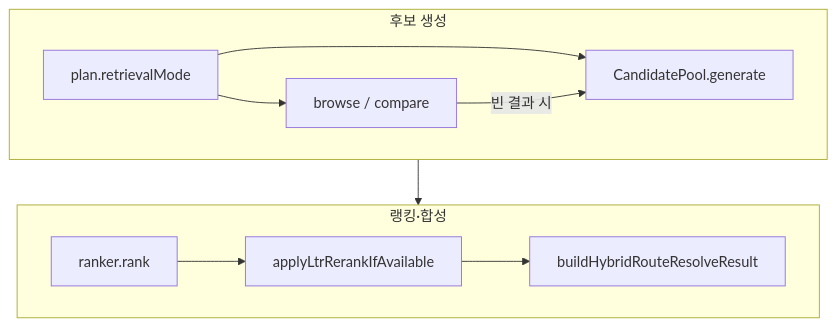
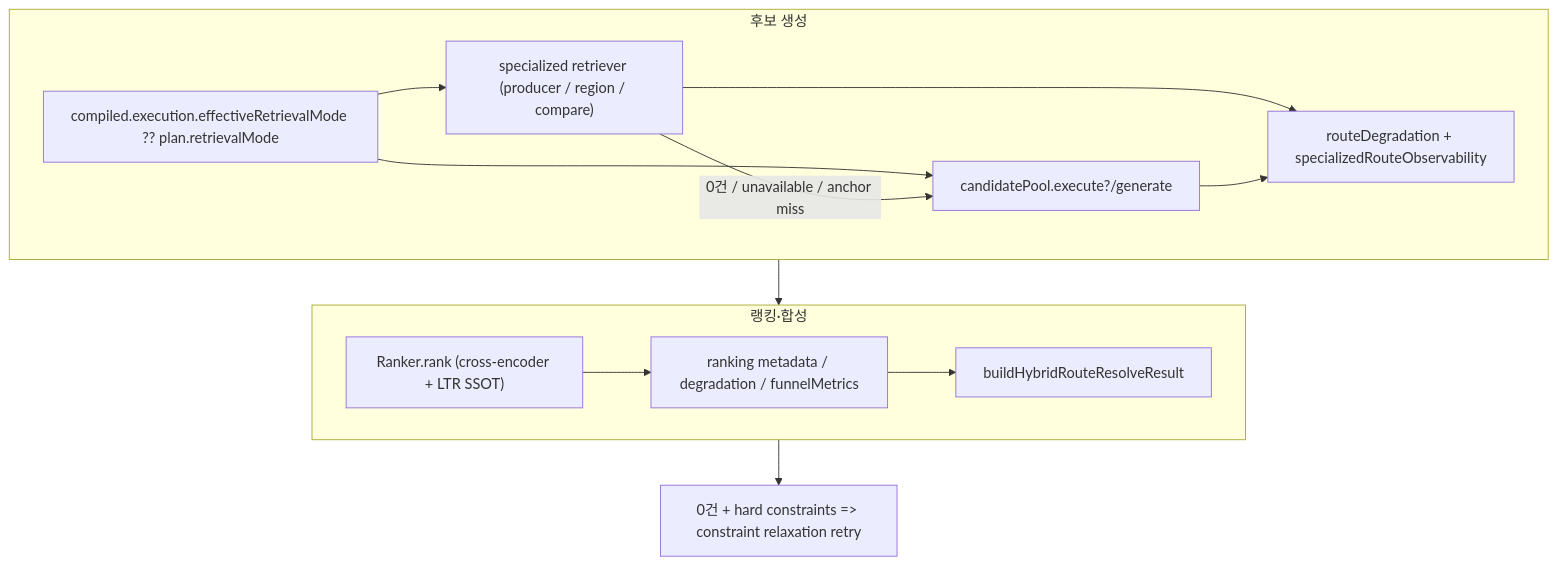
The diagram in docs/system-overview/retriever-pipeline.md (josongmin/wine-search-engine), drawn with Mermaid before and after one commit. The commit also changed other lines of this file and 278 other files, not shown here.

First line of the commit message:
feat: retrieval and constraint pipeline updates, docs and regression tests

````diff
--- a/docs/system-overview/retriever-pipeline.md
+++ b/docs/system-overview/retriever-pipeline.md
@@ -29,18 +29,22 @@
 ```mermaid
 flowchart TB
   subgraph retrieve["후보 생성"]
-    M[plan.retrievalMode]
-    BR[browse / compare]
-    CP[CandidatePool.generate]
+    M["compiled.execution.effectiveRetrievalMode ?? plan.retrievalMode"]
+    BR["specialized retriever (producer / region / compare)"]
+    CP["candidatePool.execute?/generate"]
+    OBS["routeDegradation + specializedRouteObservability"]
     M --> BR
     M --> CP
-    BR -->|빈 결과 시| CP
+    BR -->|0건 / unavailable / anchor miss| CP
+    BR --> OBS
+    CP --> OBS
   end
   subgraph rank["랭킹·합성"]
-    RK[ranker.rank]
-    LTR[applyLtrRerankIfAvailable]
-    RES[buildHybridRouteResolveResult]
-    RK --> LTR --> RES
+    RK["Ranker.rank (cross-encoder + LTR SSOT)"]
+    META["ranking metadata / degradation / funnelMetrics"]
+    RES["buildHybridRouteResolveResult"]
+    RK --> META --> RES
   end
   retrieve --> rank
+  rank --> RELAX["0건 + hard constraints => constraint relaxation retry"]
 ```
````
